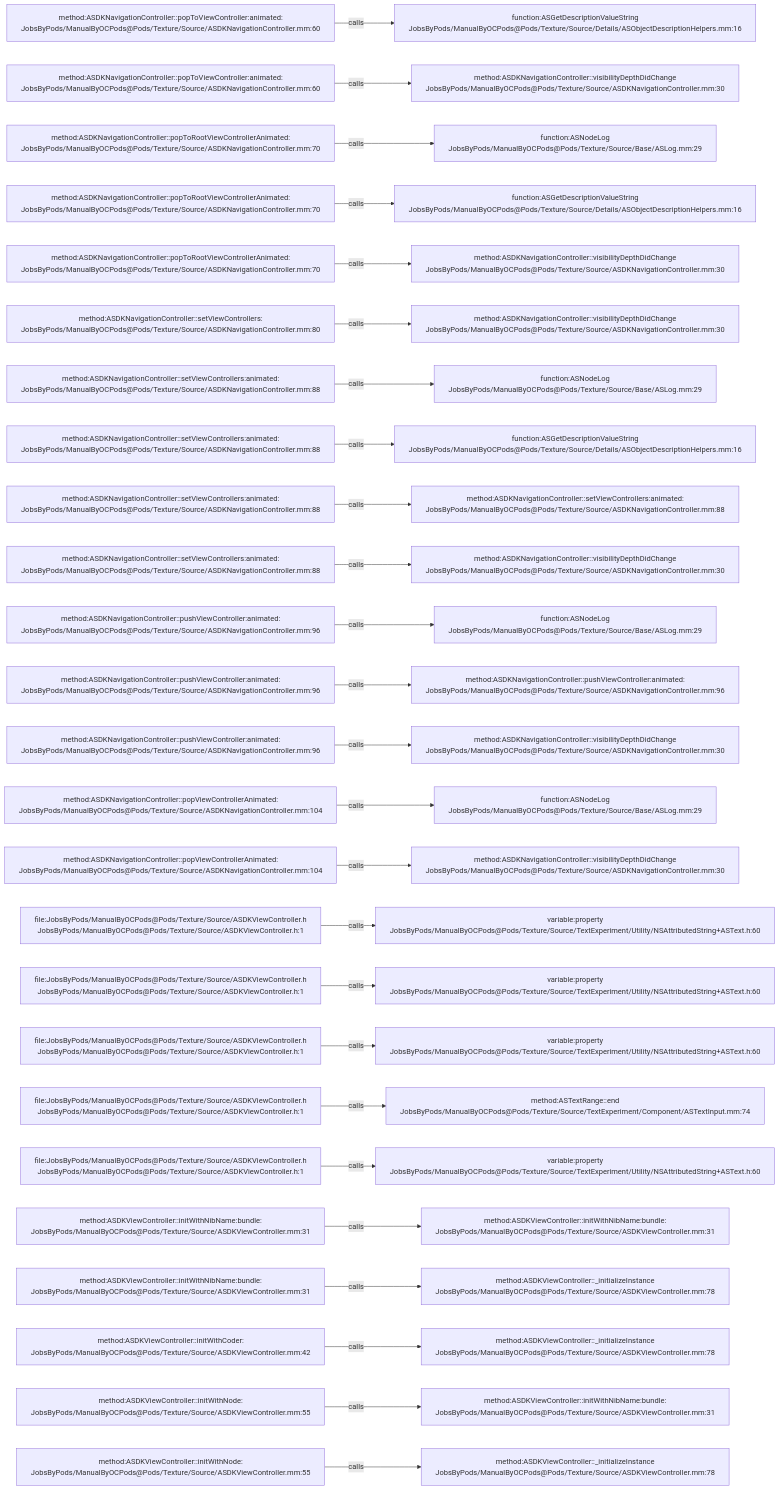
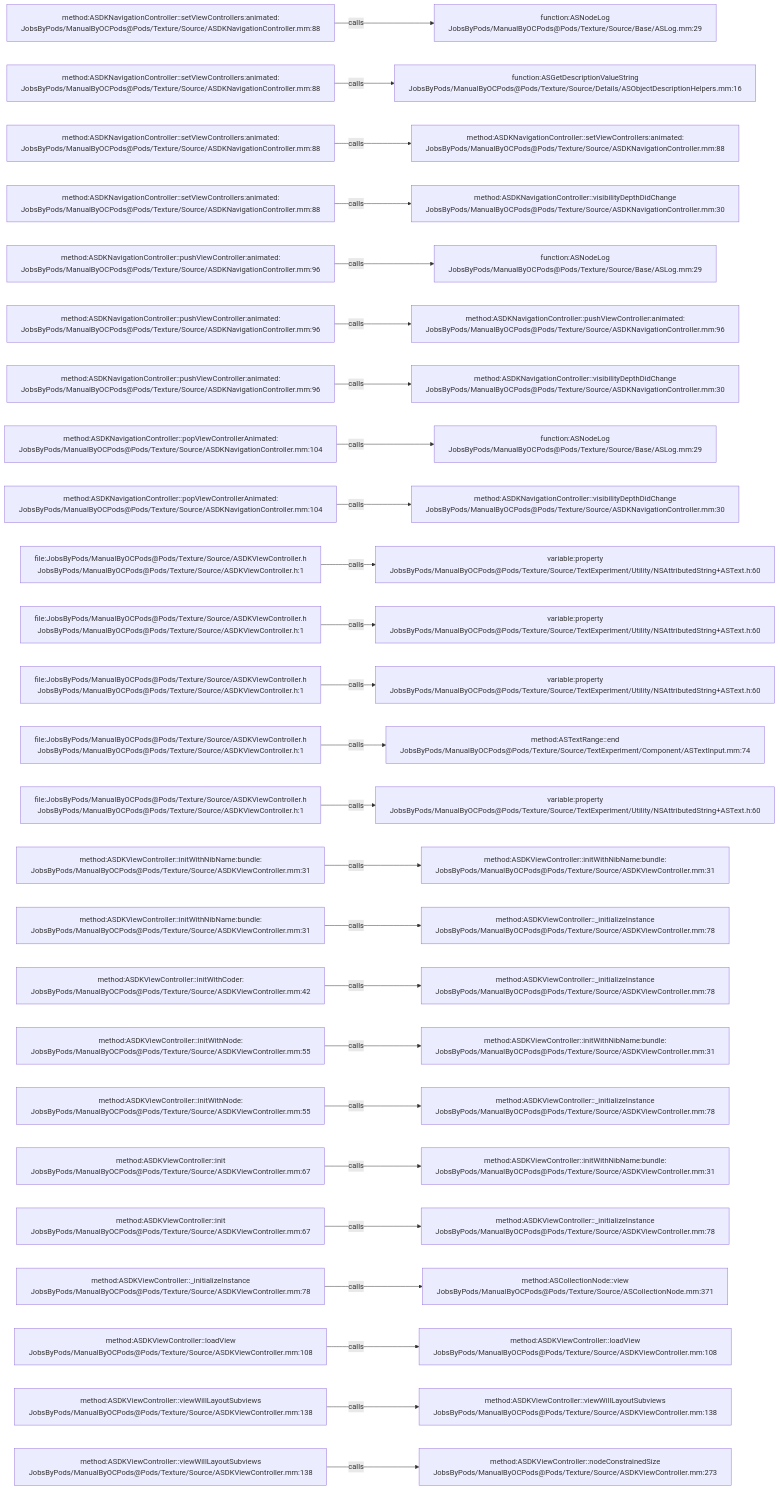
Before and after one commit to JobsKits/JobsOCBaseConfigDemo: the diagram in .codegraph/codegraph.md/graphs/calls-080.md, drawn with Mermaid. The commit also changed 666 other files, not shown here.

````diff
--- a/.codegraph/codegraph.md/graphs/calls-080.md
+++ b/.codegraph/codegraph.md/graphs/calls-080.md
@@ -13,78 +13,78 @@
 ```mermaid
 flowchart LR
-  S1["method:ASDKNavigationController::popToViewController:animated:<br/>JobsByPods/ManualByOCPods@Pods/Texture/Source/ASDKNavigationController.mm:60"]
-  T1["function:ASGetDescriptionValueString<br/>JobsByPods/ManualByOCPods@Pods/Texture/Source/Details/ASObjectDescriptionHelpers.mm:16"]
+  S1["method:ASDKNavigationController::setViewControllers:animated:<br/>JobsByPods/ManualByOCPods@Pods/Texture/Source/ASDKNavigationController.mm:88"]
+  T1["function:ASNodeLog<br/>JobsByPods/ManualByOCPods@Pods/Texture/Source/Base/ASLog.mm:29"]
   S1 -->|calls| T1
-  S2["method:ASDKNavigationController::popToViewController:animated:<br/>JobsByPods/ManualByOCPods@Pods/Texture/Source/ASDKNavigationController.mm:60"]
-  T2["method:ASDKNavigationController::visibilityDepthDidChange<br/>JobsByPods/ManualByOCPods@Pods/Texture/Source/ASDKNavigationController.mm:30"]
+  S2["method:ASDKNavigationController::setViewControllers:animated:<br/>JobsByPods/ManualByOCPods@Pods/Texture/Source/ASDKNavigationController.mm:88"]
+  T2["function:ASGetDescriptionValueString<br/>JobsByPods/ManualByOCPods@Pods/Texture/Source/Details/ASObjectDescriptionHelpers.mm:16"]
   S2 -->|calls| T2
-  S3["method:ASDKNavigationController::popToRootViewControllerAnimated:<br/>JobsByPods/ManualByOCPods@Pods/Texture/Source/ASDKNavigationController.mm:70"]
-  T3["function:ASNodeLog<br/>JobsByPods/ManualByOCPods@Pods/Texture/Source/Base/ASLog.mm:29"]
+  S3["method:ASDKNavigationController::setViewControllers:animated:<br/>JobsByPods/ManualByOCPods@Pods/Texture/Source/ASDKNavigationController.mm:88"]
+  T3["method:ASDKNavigationController::setViewControllers:animated:<br/>JobsByPods/ManualByOCPods@Pods/Texture/Source/ASDKNavigationController.mm:88"]
   S3 -->|calls| T3
-  S4["method:ASDKNavigationController::popToRootViewControllerAnimated:<br/>JobsByPods/ManualByOCPods@Pods/Texture/Source/ASDKNavigationController.mm:70"]
-  T4["function:ASGetDescriptionValueString<br/>JobsByPods/ManualByOCPods@Pods/Texture/Source/Details/ASObjectDescriptionHelpers.mm:16"]
+  S4["method:ASDKNavigationController::setViewControllers:animated:<br/>JobsByPods/ManualByOCPods@Pods/Texture/Source/ASDKNavigationController.mm:88"]
+  T4["method:ASDKNavigationController::visibilityDepthDidChange<br/>JobsByPods/ManualByOCPods@Pods/Texture/Source/ASDKNavigationController.mm:30"]
   S4 -->|calls| T4
-  S5["method:ASDKNavigationController::popToRootViewControllerAnimated:<br/>JobsByPods/ManualByOCPods@Pods/Texture/Source/ASDKNavigationController.mm:70"]
-  T5["method:ASDKNavigationController::visibilityDepthDidChange<br/>JobsByPods/ManualByOCPods@Pods/Texture/Source/ASDKNavigationController.mm:30"]
+  S5["method:ASDKNavigationController::pushViewController:animated:<br/>JobsByPods/ManualByOCPods@Pods/Texture/Source/ASDKNavigationController.mm:96"]
+  T5["function:ASNodeLog<br/>JobsByPods/ManualByOCPods@Pods/Texture/Source/Base/ASLog.mm:29"]
   S5 -->|calls| T5
-  S6["method:ASDKNavigationController::setViewControllers:<br/>JobsByPods/ManualByOCPods@Pods/Texture/Source/ASDKNavigationController.mm:80"]
-  T6["method:ASDKNavigationController::visibilityDepthDidChange<br/>JobsByPods/ManualByOCPods@Pods/Texture/Source/ASDKNavigationController.mm:30"]
+  S6["method:ASDKNavigationController::pushViewController:animated:<br/>JobsByPods/ManualByOCPods@Pods/Texture/Source/ASDKNavigationController.mm:96"]
+  T6["method:ASDKNavigationController::pushViewController:animated:<br/>JobsByPods/ManualByOCPods@Pods/Texture/Source/ASDKNavigationController.mm:96"]
   S6 -->|calls| T6
-  S7["method:ASDKNavigationController::setViewControllers:animated:<br/>JobsByPods/ManualByOCPods@Pods/Texture/Source/ASDKNavigationController.mm:88"]
-  T7["function:ASNodeLog<br/>JobsByPods/ManualByOCPods@Pods/Texture/Source/Base/ASLog.mm:29"]
+  S7["method:ASDKNavigationController::pushViewController:animated:<br/>JobsByPods/ManualByOCPods@Pods/Texture/Source/ASDKNavigationController.mm:96"]
+  T7["method:ASDKNavigationController::visibilityDepthDidChange<br/>JobsByPods/ManualByOCPods@Pods/Texture/Source/ASDKNavigationController.mm:30"]
   S7 -->|calls| T7
-  S8["method:ASDKNavigationController::setViewControllers:animated:<br/>JobsByPods/ManualByOCPods@Pods/Texture/Source/ASDKNavigationController.mm:88"]
-  T8["function:ASGetDescriptionValueString<br/>JobsByPods/ManualByOCPods@Pods/Texture/Source/Details/ASObjectDescriptionHelpers.mm:16"]
+  S8["method:ASDKNavigationController::popViewControllerAnimated:<br/>JobsByPods/ManualByOCPods@Pods/Texture/Source/ASDKNavigationController.mm:104"]
+  T8["function:ASNodeLog<br/>JobsByPods/ManualByOCPods@Pods/Texture/Source/Base/ASLog.mm:29"]
   S8 -->|calls| T8
-  S9["method:ASDKNavigationController::setViewControllers:animated:<br/>JobsByPods/ManualByOCPods@Pods/Texture/Source/ASDKNavigationController.mm:88"]
-  T9["method:ASDKNavigationController::setViewControllers:animated:<br/>JobsByPods/ManualByOCPods@Pods/Texture/Source/ASDKNavigationController.mm:88"]
+  S9["method:ASDKNavigationController::popViewControllerAnimated:<br/>JobsByPods/ManualByOCPods@Pods/Texture/Source/ASDKNavigationController.mm:104"]
+  T9["method:ASDKNavigationController::visibilityDepthDidChange<br/>JobsByPods/ManualByOCPods@Pods/Texture/Source/ASDKNavigationController.mm:30"]
   S9 -->|calls| T9
-  S10["method:ASDKNavigationController::setViewControllers:animated:<br/>JobsByPods/ManualByOCPods@Pods/Texture/Source/ASDKNavigationController.mm:88"]
-  T10["method:ASDKNavigationController::visibilityDepthDidChange<br/>JobsByPods/ManualByOCPods@Pods/Texture/Source/ASDKNavigationController.mm:30"]
+  S10["file:JobsByPods/ManualByOCPods@Pods/Texture/Source/ASDKViewController.h<br/>JobsByPods/ManualByOCPods@Pods/Texture/Source/ASDKViewController.h:1"]
+  T10["variable:property<br/>JobsByPods/ManualByOCPods@Pods/Texture/Source/TextExperiment/Utility/NSAttributedString+ASText.h:60"]
   S10 -->|calls| T10
-  S11["method:ASDKNavigationController::pushViewController:animated:<br/>JobsByPods/ManualByOCPods@Pods/Texture/Source/ASDKNavigationController.mm:96"]
-  T11["function:ASNodeLog<br/>JobsByPods/ManualByOCPods@Pods/Texture/Source/Base/ASLog.mm:29"]
+  S11["file:JobsByPods/ManualByOCPods@Pods/Texture/Source/ASDKViewController.h<br/>JobsByPods/ManualByOCPods@Pods/Texture/Source/ASDKViewController.h:1"]
+  T11["variable:property<br/>JobsByPods/ManualByOCPods@Pods/Texture/Source/TextExperiment/Utility/NSAttributedString+ASText.h:60"]
   S11 -->|calls| T11
-  S12["method:ASDKNavigationController::pushViewController:animated:<br/>JobsByPods/ManualByOCPods@Pods/Texture/Source/ASDKNavigationController.mm:96"]
-  T12["method:ASDKNavigationController::pushViewController:animated:<br/>JobsByPods/ManualByOCPods@Pods/Texture/Source/ASDKNavigationController.mm:96"]
+  S12["file:JobsByPods/ManualByOCPods@Pods/Texture/Source/ASDKViewController.h<br/>JobsByPods/ManualByOCPods@Pods/Texture/Source/ASDKViewController.h:1"]
+  T12["variable:property<br/>JobsByPods/ManualByOCPods@Pods/Texture/Source/TextExperiment/Utility/NSAttributedString+ASText.h:60"]
   S12 -->|calls| T12
-  S13["method:ASDKNavigationController::pushViewController:animated:<br/>JobsByPods/ManualByOCPods@Pods/Texture/Source/ASDKNavigationController.mm:96"]
-  T13["method:ASDKNavigationController::visibilityDepthDidChange<br/>JobsByPods/ManualByOCPods@Pods/Texture/Source/ASDKNavigationController.mm:30"]
+  S13["file:JobsByPods/ManualByOCPods@Pods/Texture/Source/ASDKViewController.h<br/>JobsByPods/ManualByOCPods@Pods/Texture/Source/ASDKViewController.h:1"]
+  T13["method:ASTextRange::end<br/>JobsByPods/ManualByOCPods@Pods/Texture/Source/TextExperiment/Component/ASTextInput.mm:74"]
   S13 -->|calls| T13
-  S14["method:ASDKNavigationController::popViewControllerAnimated:<br/>JobsByPods/ManualByOCPods@Pods/Texture/Source/ASDKNavigationController.mm:104"]
-  T14["function:ASNodeLog<br/>JobsByPods/ManualByOCPods@Pods/Texture/Source/Base/ASLog.mm:29"]
+  S14["file:JobsByPods/ManualByOCPods@Pods/Texture/Source/ASDKViewController.h<br/>JobsByPods/ManualByOCPods@Pods/Texture/Source/ASDKViewController.h:1"]
+  T14["variable:property<br/>JobsByPods/ManualByOCPods@Pods/Texture/Source/TextExperiment/Utility/NSAttributedString+ASText.h:60"]
   S14 -->|calls| T14
-  S15["method:ASDKNavigationController::popViewControllerAnimated:<br/>JobsByPods/ManualByOCPods@Pods/Texture/Source/ASDKNavigationController.mm:104"]
-  T15["method:ASDKNavigationController::visibilityDepthDidChange<br/>JobsByPods/ManualByOCPods@Pods/Texture/Source/ASDKNavigationController.mm:30"]
+  S15["method:ASDKViewController::initWithNibName:bundle:<br/>JobsByPods/ManualByOCPods@Pods/Texture/Source/ASDKViewController.mm:31"]
+  T15["method:ASDKViewController::initWithNibName:bundle:<br/>JobsByPods/ManualByOCPods@Pods/Texture/Source/ASDKViewController.mm:31"]
   S15 -->|calls| T15
-  S16["file:JobsByPods/ManualByOCPods@Pods/Texture/Source/ASDKViewController.h<br/>JobsByPods/ManualByOCPods@Pods/Texture/Source/ASDKViewController.h:1"]
-  T16["variable:property<br/>JobsByPods/ManualByOCPods@Pods/Texture/Source/TextExperiment/Utility/NSAttributedString+ASText.h:60"]
+  S16["method:ASDKViewController::initWithNibName:bundle:<br/>JobsByPods/ManualByOCPods@Pods/Texture/Source/ASDKViewController.mm:31"]
+  T16["method:ASDKViewController::_initializeInstance<br/>JobsByPods/ManualByOCPods@Pods/Texture/Source/ASDKViewController.mm:78"]
   S16 -->|calls| T16
-  S17["file:JobsByPods/ManualByOCPods@Pods/Texture/Source/ASDKViewController.h<br/>JobsByPods/ManualByOCPods@Pods/Texture/Source/ASDKViewController.h:1"]
-  T17["variable:property<br/>JobsByPods/ManualByOCPods@Pods/Texture/Source/TextExperiment/Utility/NSAttributedString+ASText.h:60"]
+  S17["method:ASDKViewController::initWithCoder:<br/>JobsByPods/ManualByOCPods@Pods/Texture/Source/ASDKViewController.mm:42"]
+  T17["method:ASDKViewController::_initializeInstance<br/>JobsByPods/ManualByOCPods@Pods/Texture/Source/ASDKViewController.mm:78"]
   S17 -->|calls| T17
-  S18["file:JobsByPods/ManualByOCPods@Pods/Texture/Source/ASDKViewController.h<br/>JobsByPods/ManualByOCPods@Pods/Texture/Source/ASDKViewController.h:1"]
-  T18["variable:property<br/>JobsByPods/ManualByOCPods@Pods/Texture/Source/TextExperiment/Utility/NSAttributedString+ASText.h:60"]
+  S18["method:ASDKViewController::initWithNode:<br/>JobsByPods/ManualByOCPods@Pods/Texture/Source/ASDKViewController.mm:55"]
+  T18["method:ASDKViewController::initWithNibName:bundle:<br/>JobsByPods/ManualByOCPods@Pods/Texture/Source/ASDKViewController.mm:31"]
   S18 -->|calls| T18
-  S19["file:JobsByPods/ManualByOCPods@Pods/Texture/Source/ASDKViewController.h<br/>JobsByPods/ManualByOCPods@Pods/Texture/Source/ASDKViewController.h:1"]
-  T19["method:ASTextRange::end<br/>JobsByPods/ManualByOCPods@Pods/Texture/Source/TextExperiment/Component/ASTextInput.mm:74"]
+  S19["method:ASDKViewController::initWithNode:<br/>JobsByPods/ManualByOCPods@Pods/Texture/Source/ASDKViewController.mm:55"]
+  T19["method:ASDKViewController::_initializeInstance<br/>JobsByPods/ManualByOCPods@Pods/Texture/Source/ASDKViewController.mm:78"]
   S19 -->|calls| T19
-  S20["file:JobsByPods/ManualByOCPods@Pods/Texture/Source/ASDKViewController.h<br/>JobsByPods/ManualByOCPods@Pods/Texture/Source/ASDKViewController.h:1"]
-  T20["variable:property<br/>JobsByPods/ManualByOCPods@Pods/Texture/Source/TextExperiment/Utility/NSAttributedString+ASText.h:60"]
+  S20["method:ASDKViewController::init<br/>JobsByPods/ManualByOCPods@Pods/Texture/Source/ASDKViewController.mm:67"]
+  T20["method:ASDKViewController::initWithNibName:bundle:<br/>JobsByPods/ManualByOCPods@Pods/Texture/Source/ASDKViewController.mm:31"]
   S20 -->|calls| T20
-  S21["method:ASDKViewController::initWithNibName:bundle:<br/>JobsByPods/ManualByOCPods@Pods/Texture/Source/ASDKViewController.mm:31"]
-  T21["method:ASDKViewController::initWithNibName:bundle:<br/>JobsByPods/ManualByOCPods@Pods/Texture/Source/ASDKViewController.mm:31"]
+  S21["method:ASDKViewController::init<br/>JobsByPods/ManualByOCPods@Pods/Texture/Source/ASDKViewController.mm:67"]
+  T21["method:ASDKViewController::_initializeInstance<br/>JobsByPods/ManualByOCPods@Pods/Texture/Source/ASDKViewController.mm:78"]
   S21 -->|calls| T21
-  S22["method:ASDKViewController::initWithNibName:bundle:<br/>JobsByPods/ManualByOCPods@Pods/Texture/Source/ASDKViewController.mm:31"]
-  T22["method:ASDKViewController::_initializeInstance<br/>JobsByPods/ManualByOCPods@Pods/Texture/Source/ASDKViewController.mm:78"]
+  S22["method:ASDKViewController::_initializeInstance<br/>JobsByPods/ManualByOCPods@Pods/Texture/Source/ASDKViewController.mm:78"]
+  T22["method:ASCollectionNode::view<br/>JobsByPods/ManualByOCPods@Pods/Texture/Source/ASCollectionNode.mm:371"]
   S22 -->|calls| T22
-  S23["method:ASDKViewController::initWithCoder:<br/>JobsByPods/ManualByOCPods@Pods/Texture/Source/ASDKViewController.mm:42"]
-  T23["method:ASDKViewController::_initializeInstance<br/>JobsByPods/ManualByOCPods@Pods/Texture/Source/ASDKViewController.mm:78"]
+  S23["method:ASDKViewController::loadView<br/>JobsByPods/ManualByOCPods@Pods/Texture/Source/ASDKViewController.mm:108"]
+  T23["method:ASDKViewController::loadView<br/>JobsByPods/ManualByOCPods@Pods/Texture/Source/ASDKViewController.mm:108"]
   S23 -->|calls| T23
-  S24["method:ASDKViewController::initWithNode:<br/>JobsByPods/ManualByOCPods@Pods/Texture/Source/ASDKViewController.mm:55"]
-  T24["method:ASDKViewController::initWithNibName:bundle:<br/>JobsByPods/ManualByOCPods@Pods/Texture/Source/ASDKViewController.mm:31"]
+  S24["method:ASDKViewController::viewWillLayoutSubviews<br/>JobsByPods/ManualByOCPods@Pods/Texture/Source/ASDKViewController.mm:138"]
+  T24["method:ASDKViewController::viewWillLayoutSubviews<br/>JobsByPods/ManualByOCPods@Pods/Texture/Source/ASDKViewController.mm:138"]
   S24 -->|calls| T24
-  S25["method:ASDKViewController::initWithNode:<br/>JobsByPods/ManualByOCPods@Pods/Texture/Source/ASDKViewController.mm:55"]
-  T25["method:ASDKViewController::_initializeInstance<br/>JobsByPods/ManualByOCPods@Pods/Texture/Source/ASDKViewController.mm:78"]
+  S25["method:ASDKViewController::viewWillLayoutSubviews<br/>JobsByPods/ManualByOCPods@Pods/Texture/Source/ASDKViewController.mm:138"]
+  T25["method:ASDKViewController::nodeConstrainedSize<br/>JobsByPods/ManualByOCPods@Pods/Texture/Source/ASDKViewController.mm:273"]
   S25 -->|calls| T25
 ```
````
